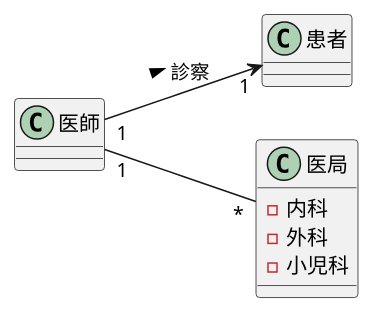
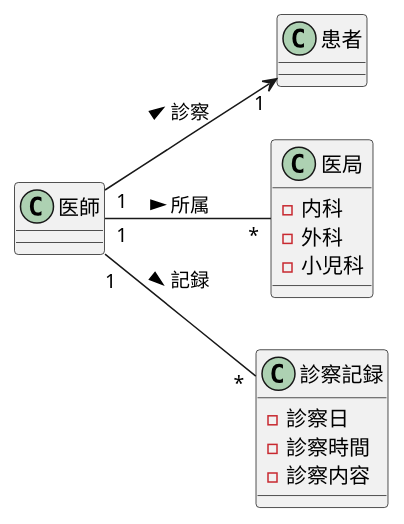
Before and after one commit to hatakeyama12/uml-intro: the diagram in 演習3-2_CL_医師と患者と医局と診療記録.pu, drawn with PlantUML.

Commit message:
演習３－２を修正

```diff
--- a/演習3-2_CL_医師と患者と医局と診療記録.pu
+++ b/演習3-2_CL_医師と患者と医局と診療記録.pu
@@ -1,12 +1,18 @@
 @startuml 演習３－２
 left to right direction
 class 医師 {}
 class 患者 {}
 class 医局 {
     - 内科
     - 外科
     - 小児科
 }
+class 診察記録 {
+    - 診察日
+    - 診察時間
+    - 診察内容
+}   
 医師 "1"-->"1" 患者:診察 >
-医師 "1"--"*" 医局
+医師 "1"--"*" 医局:所属 >
+医師 "1"--"*" 診察記録:記録 >
 @enduml
```
